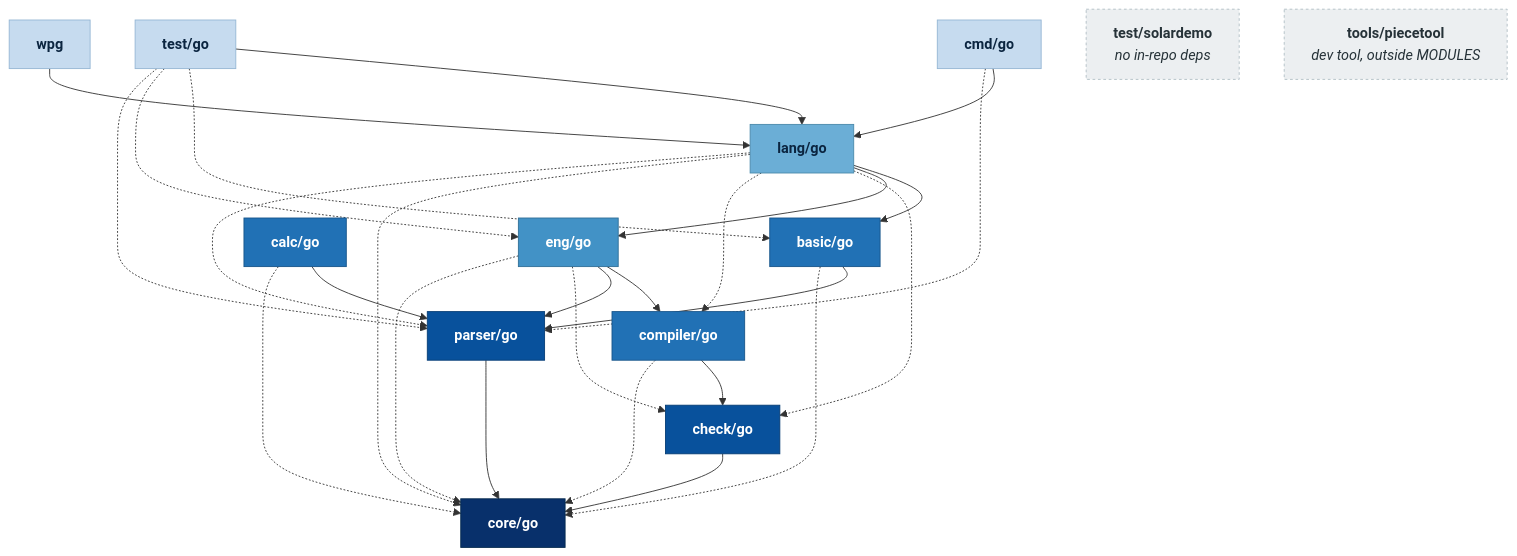
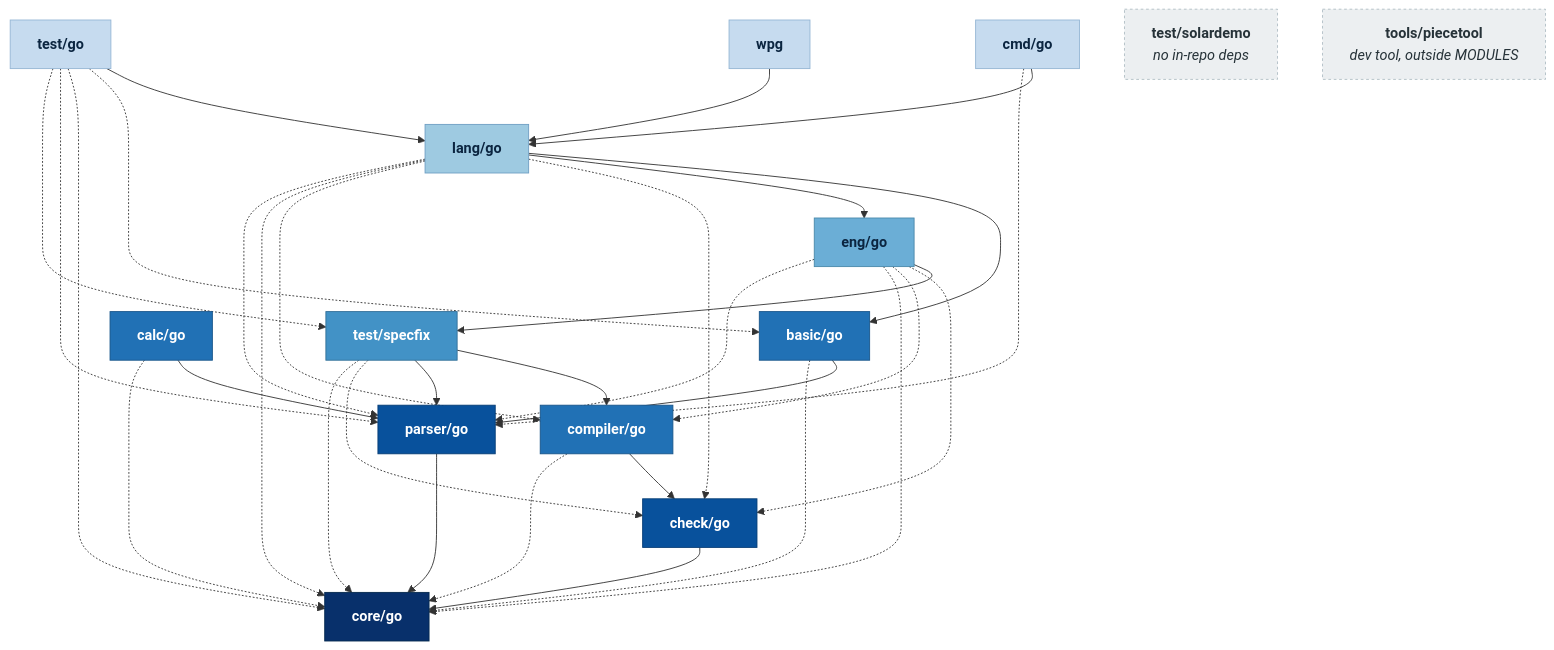
The second of 2 diagrams in design/GO-MODULE-GRAPH.0.md (aql-lang/aql), drawn with Mermaid before and after one commit. The commit also changed other lines of this file and 119 other files, not shown here.

````diff
--- a/design/GO-MODULE-GRAPH.0.md
+++ b/design/GO-MODULE-GRAPH.0.md
@@ -143,59 +161,68 @@
 ```mermaid
 flowchart TD
     cmd["<b>cmd/go</b>"]
     wpg["<b>wpg</b>"]
     tst["<b>test/go</b>"]
     lang["<b>lang/go</b>"]
     eng["<b>eng/go</b>"]
+    sfx["<b>test/specfix</b>"]
     basic["<b>basic/go</b>"]
     comp["<b>compiler/go</b>"]
     chk["<b>check/go</b>"]
     par["<b>parser/go</b>"]
     core["<b>core/go</b>"]
     calc["<b>calc/go</b>"]
     sol["<b>test/solardemo</b><br/><i>no in-repo deps</i>"]
     pt["<b>tools/piecetool</b><br/><i>dev tool, outside MODULES</i>"]
 
     cmd --> lang
     wpg --> lang
     tst --> lang
     lang --> basic
     lang --> eng
-    eng --> comp
-    eng --> par
+    eng --> sfx
+    sfx --> comp
+    sfx --> par
     basic --> par
+    calc --> par
     comp --> chk
     chk --> core
     par --> core
-    calc --> par
 
     cmd -.-> par
     tst -.-> basic
-    tst -.-> eng
+    tst -.-> core
     tst -.-> par
+    tst -.-> sfx
     lang -.-> chk
     lang -.-> comp
     lang -.-> core
     lang -.-> par
     eng -.-> chk
+    eng -.-> comp
     eng -.-> core
+    eng -.-> par
+    sfx -.-> chk
+    sfx -.-> core
     basic -.-> core
     comp -.-> core
     calc -.-> core
 
     classDef l0 fill:#08306b,color:#ffffff,stroke:#052a4e,stroke-width:1px
     classDef l1 fill:#08519c,color:#ffffff,stroke:#063d75,stroke-width:1px
     classDef l2 fill:#2171b5,color:#ffffff,stroke:#18558a,stroke-width:1px
     classDef l3 fill:#4292c6,color:#ffffff,stroke:#316f97,stroke-width:1px
     classDef l4 fill:#6baed6,color:#0b2540,stroke:#4a89ab,stroke-width:1px
-    classDef l5 fill:#c6dbef,color:#0b2540,stroke:#95b6d4,stroke-width:1px
+    classDef l5 fill:#9ecae1,color:#0b2540,stroke:#6f9fc4,stroke-width:1px
+    classDef l6 fill:#c6dbef,color:#0b2540,stroke:#95b6d4,stroke-width:1px
     classDef aux fill:#eceff1,color:#263238,stroke:#b0bec5,stroke-dasharray:3 3
 
     class core l0
     class par,chk l1
     class basic,comp,calc l2
-    class eng l3
-    class lang l4
-    class cmd,tst,wpg l5
+    class sfx l3
+    class eng l4
+    class lang l5
+    class cmd,tst,wpg l6
     class sol,pt aux
 ```
````
